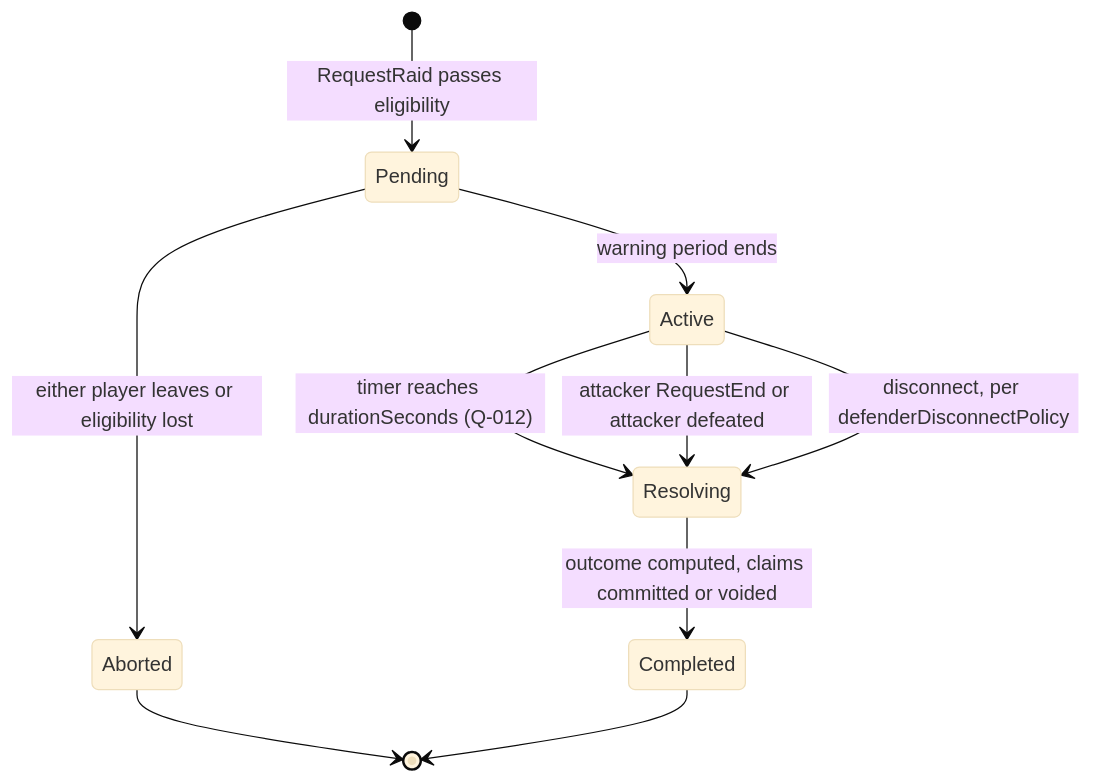
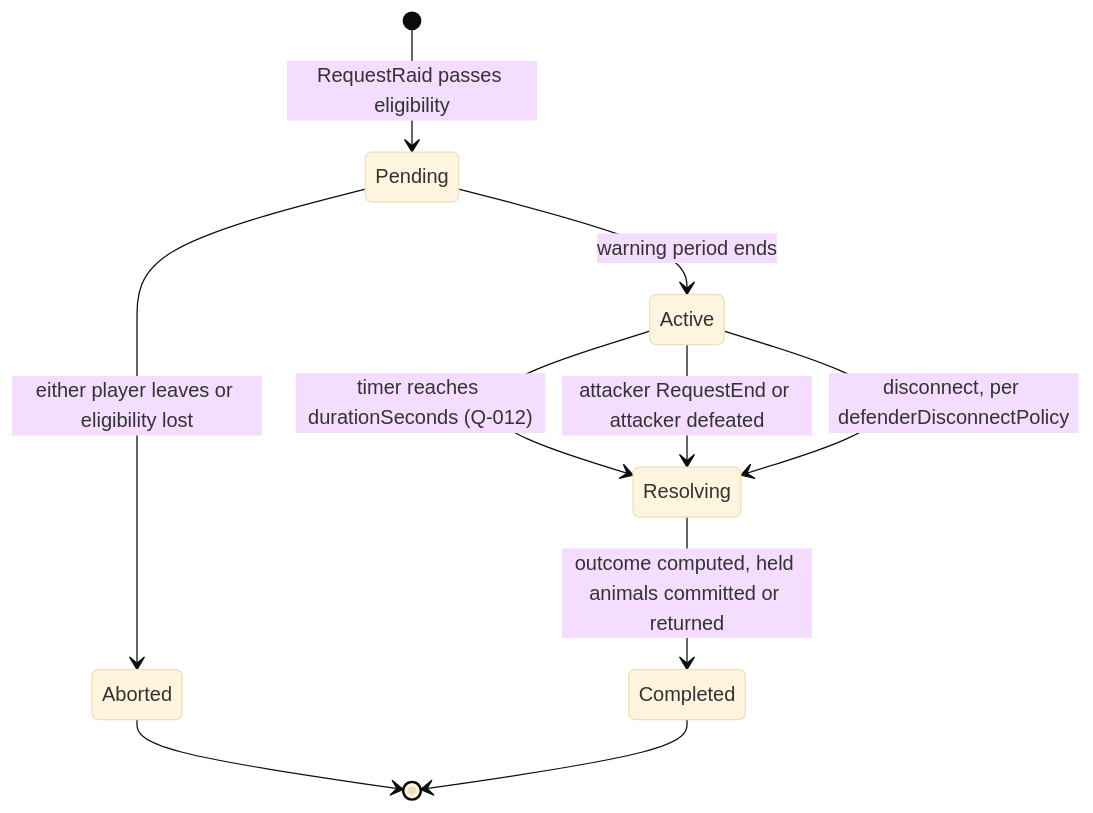
The diagram in Fight Animals for Eggs - Game Design Bible/15 - TECHNICAL ARCHITECTURE/Services/Service - RaidService.md (shrp1434/ZeroCheat), drawn with Mermaid (base theme) before and after one commit. The commit also changed other lines of this file and 39 other files, not shown here.

````diff
--- a/Fight Animals for Eggs - Game Design Bible/15 - TECHNICAL ARCHITECTURE/Services/Service - RaidService.md
+++ b/Fight Animals for Eggs - Game Design Bible/15 - TECHNICAL ARCHITECTURE/Services/Service - RaidService.md
@@ -123,12 +123,12 @@
 ```mermaid
 stateDiagram-v2
     [*] --> Pending: RequestRaid passes eligibility
     Pending --> Active: warning period ends
     Pending --> Aborted: either player leaves or eligibility lost
     Active --> Resolving: timer reaches durationSeconds (Q-012)
     Active --> Resolving: attacker RequestEnd or attacker defeated
     Active --> Resolving: disconnect, per defenderDisconnectPolicy
-    Resolving --> Completed: outcome computed, claims committed or voided
+    Resolving --> Completed: outcome computed, held animals committed or returned
     Aborted --> [*]
     Completed --> [*]
 ```
````
